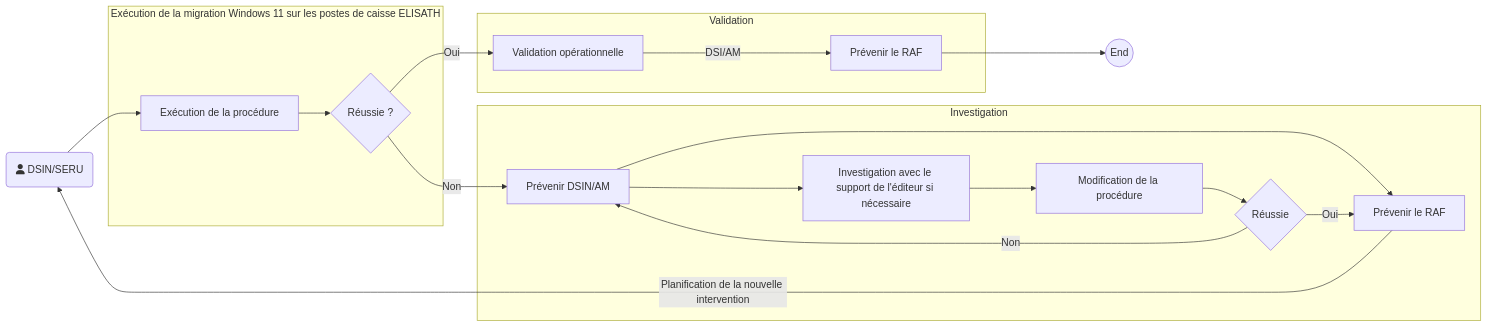
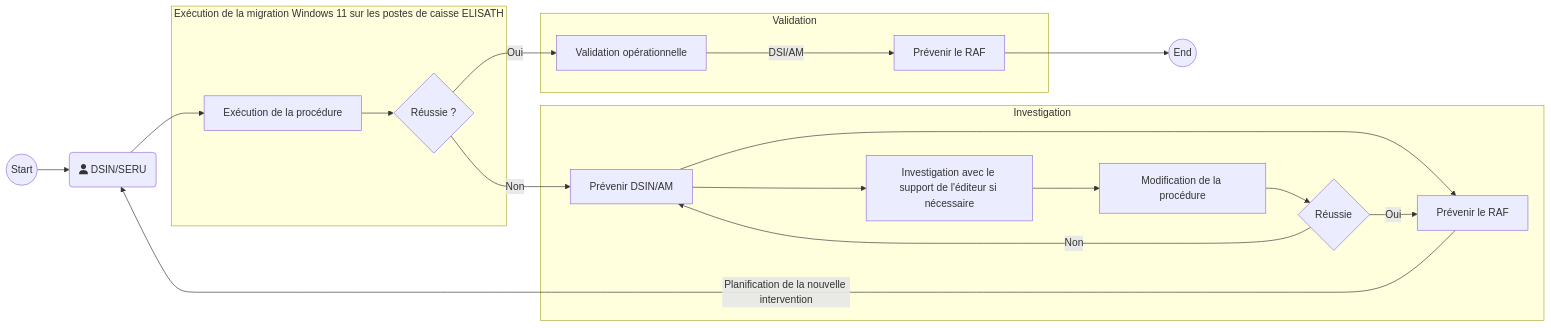
One commit to fdadda/iodraw-files changed the diagram in all/Flux de validation.md. Above: the diagram before and after it, drawn with Mermaid.

Commit message:
2026-05-12 09:38:30 update

````diff
--- a/all/Flux de validation.md
+++ b/all/Flux de validation.md
@@ -1,29 +1,30 @@
 ```mermaid
 flowchart LR
-
    
     classDef startStyle fill:#000,stroke:#000,color:#fff
     class Start startStyle
     class End startStyle
+
+    Start((Start)) --> A
     A(fa:fa-user DSIN/SERU) --> B[Exécution de la procédure]
     subgraph Exécution de la migration Windows 11 sur les postes de caisse ELISATH
     B --> C{Réussie ?}
     end
     subgraph Validation
         C -- Oui --> D[Validation opérationnelle]
         D -- DSI/AM --> J[Prévenir le RAF]
         
     end
     J --> End((End)) 
     subgraph Investigation
         C -- Non --> E[Prévenir DSIN/AM]
         E --> F[Prévenir le RAF]
         E --> G[Investigation avec le support de l'éditeur si nécessaire]
         G --> H[Modification de la procédure]
         H --> I{Réussie}
         I -- Oui --> F
         I -- Non --> E
     end
     F -- Planification de la nouvelle intervention --> A
     
 ```
````
